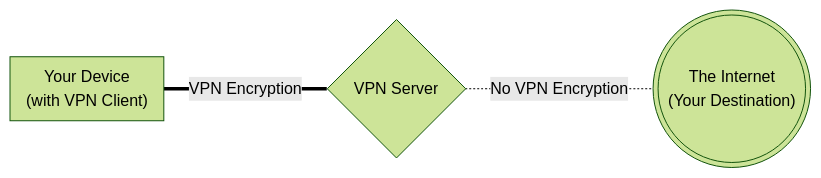
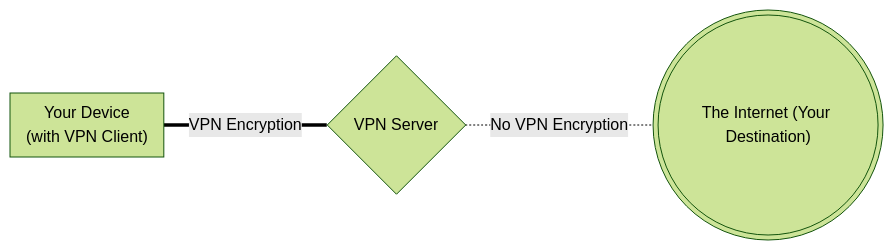
The diagram in docs/basics/vpn-overview.md (privacyguides/privacyguides.org), drawn with Mermaid (forest theme) before and after one commit.

Commit message:
style: Fix typo in VPN Overview

````diff
--- a/docs/basics/vpn-overview.md
+++ b/docs/basics/vpn-overview.md
@@ -25,7 +25,7 @@
 ``` mermaid
 flowchart LR
  763931["Your Device<div>(with VPN Client)</div>"] ===|"VPN Encryption"| 404512{"VPN Server"}
- 404512 -.-|"No VPN Encryption"| 593753((("The Internet\n(Your Destination)")))
+ 404512 -.-|"No VPN Encryption"| 593753((("The Internet (Your Destination)")))
  subgraph 763931["Your Device<div>(with VPN Client)</div>"]
  end
 ```
````
